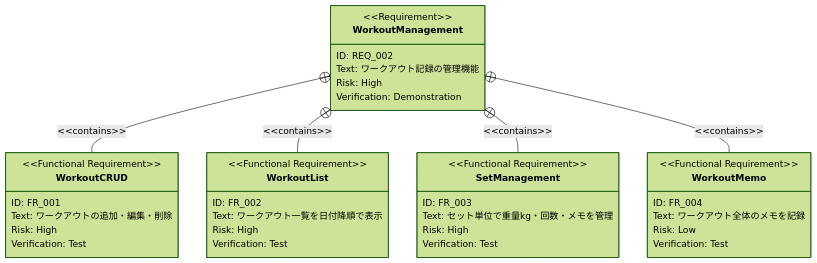
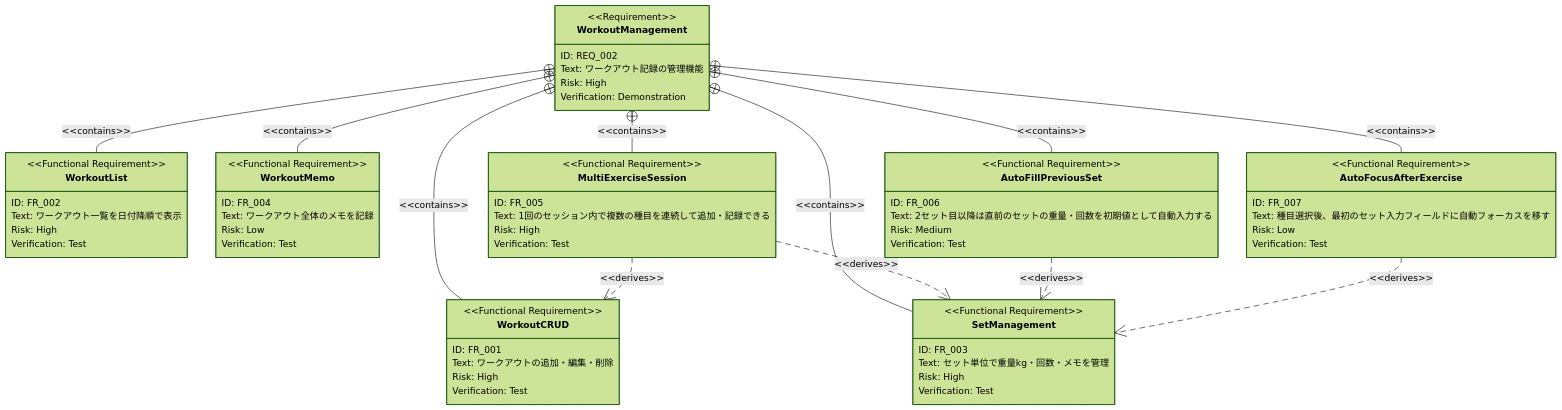
One commit to SakumaTakuya/gymini changed the second of 2 diagrams in .sdd/requirement/workout/index.md. Above: the diagram before and after it, drawn with Mermaid (forest theme). The commit also changed other lines of this file and 2 other files, not shown here.

Commit message:
Add workout spec/design and fix PRD traceability gaps
- Add FR_005/006/007 (session UX, auto-fill, auto-focus) to workout PRD with derives relationships
- Generate index_spec.md: WorkoutRepository API, type definitions, session flow, behavior diagrams
- Generate index_design.md: 4-layer architecture (Data/State/Hook/UI), module breakdown, interface definitions
- Document edit session flow: draftWorkoutId, startEditSession, create-vs-update branch in saveSession
- Update PRD consistency table to cover all 7 functional requirements
- Fix sequence diagram to show Hook Layer mediating between UI and Repository
- Fix link convention for ai-chat reference

````diff
--- a/.sdd/requirement/workout/index.md
+++ b/.sdd/requirement/workout/index.md
@@ -54,42 +54,70 @@
 ```mermaid
 requirementDiagram
     requirement WorkoutManagement {
         id: REQ_002
         text: "ワークアウト記録の管理機能"
         risk: high
         verifymethod: demonstration
     }
 
     functionalRequirement WorkoutCRUD {
         id: FR_001
         text: "ワークアウトの追加・編集・削除"
         risk: high
         verifymethod: test
     }
 
     functionalRequirement WorkoutList {
         id: FR_002
         text: "ワークアウト一覧を日付降順で表示"
         risk: high
         verifymethod: test
     }
 
     functionalRequirement SetManagement {
         id: FR_003
         text: "セット単位で重量kg・回数・メモを管理"
         risk: high
         verifymethod: test
     }
 
     functionalRequirement WorkoutMemo {
         id: FR_004
         text: "ワークアウト全体のメモを記録"
         risk: low
         verifymethod: test
     }
 
+    functionalRequirement MultiExerciseSession {
+        id: FR_005
+        text: "1回のセッション内で複数の種目を連続して追加・記録できる"
+        risk: high
+        verifymethod: test
+    }
+
+    functionalRequirement AutoFillPreviousSet {
+        id: FR_006
+        text: "2セット目以降は直前のセットの重量・回数を初期値として自動入力する"
+        risk: medium
+        verifymethod: test
+    }
+
+    functionalRequirement AutoFocusAfterExercise {
+        id: FR_007
+        text: "種目選択後、最初のセット入力フィールドに自動フォーカスを移す"
+        risk: low
+        verifymethod: test
+    }
+
     WorkoutManagement - contains -> WorkoutCRUD
     WorkoutManagement - contains -> WorkoutList
     WorkoutManagement - contains -> SetManagement
     WorkoutManagement - contains -> WorkoutMemo
+    WorkoutManagement - contains -> MultiExerciseSession
+    WorkoutManagement - contains -> AutoFillPreviousSet
+    WorkoutManagement - contains -> AutoFocusAfterExercise
+    MultiExerciseSession - derives -> WorkoutCRUD
+    MultiExerciseSession - derives -> SetManagement
+    AutoFillPreviousSet - derives -> SetManagement
+    AutoFocusAfterExercise - derives -> SetManagement
 ```
````
